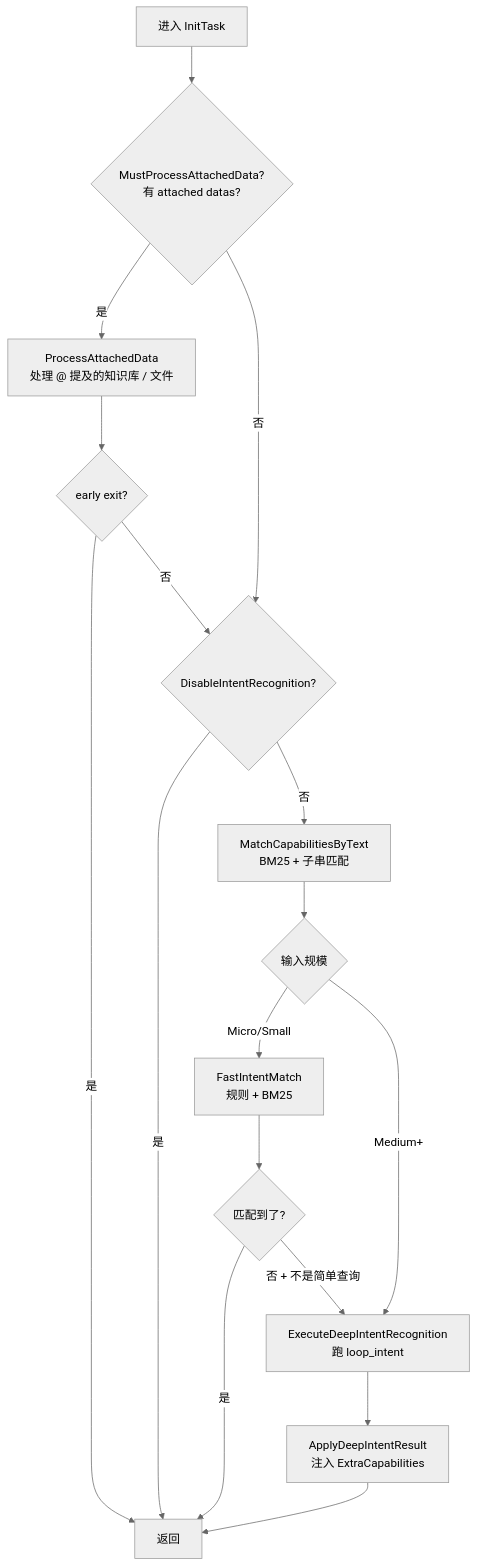
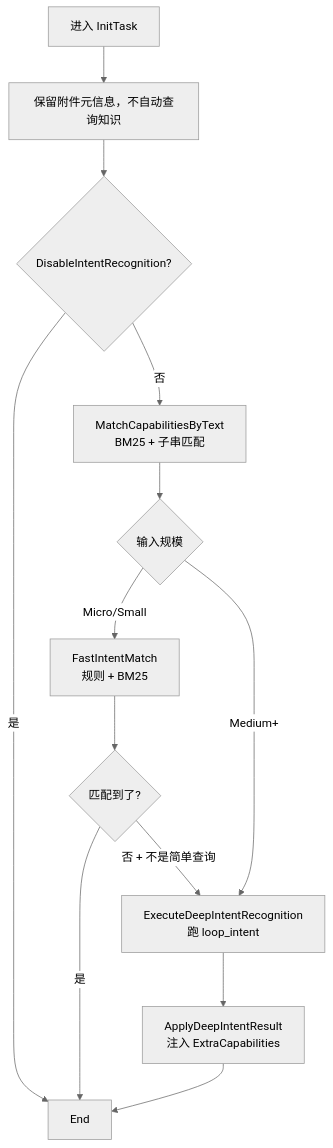
One commit to yaklang/yaklang changed the diagram in common/ai/aid/aireact/reactloops/docs/11-case-studies.md. Above: the diagram before and after it, drawn with Mermaid (neutral theme). The commit also changed other lines of this file and 139 other files, not shown here.

````diff
--- a/common/ai/aid/aireact/reactloops/docs/11-case-studies.md
+++ b/common/ai/aid/aireact/reactloops/docs/11-case-studies.md
@@ -65,19 +63,15 @@
 ```mermaid
 flowchart TD
-    A["进入 InitTask"] --> B{"MustProcessAttachedData?<br/>有 attached datas?"}
-    B -->|是| C["ProcessAttachedData<br/>处理 @ 提及的知识库 / 文件"]
-    B -->|否| D{"DisableIntentRecognition?"}
-    C --> E{"early exit?"}
-    E -->|是| End[返回]
-    E -->|否| D
+    A["进入 InitTask"] --> C["保留附件元信息，不自动查询知识"]
+    C --> D{"DisableIntentRecognition?"}
     D -->|是| End
     D -->|否| F["MatchCapabilitiesByText<br/>BM25 + 子串匹配"]
     F --> G{"输入规模"}
     G -->|Micro/Small| H["FastIntentMatch<br/>规则 + BM25"]
     G -->|Medium+| I["ExecuteDeepIntentRecognition<br/>跑 loop_intent"]
     H --> J{"匹配到了?"}
     J -->|是| End
     J -->|否 + 不是简单查询| I
     I --> K["ApplyDeepIntentResult<br/>注入 ExtraCapabilities"]
     K --> End
 ```
````
